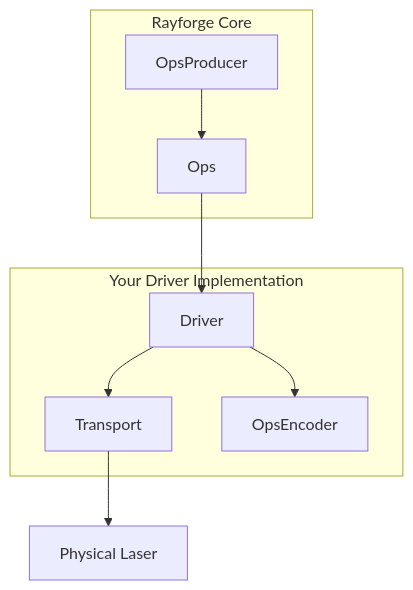
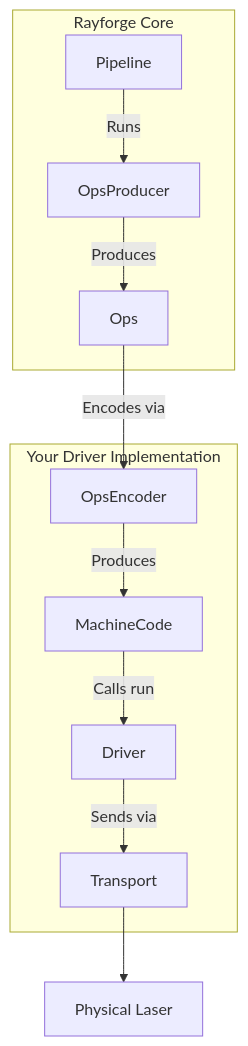
One commit to yuri-schmaltz/my-rayforge changed the diagram in website/content/docs/developer/driver.md. Above: the diagram before and after it, drawn with Mermaid. The commit also changed other lines of this file and 10 other files, not shown here.

Commit message:
fix: drivers no longer get Ops object; they get the pre-encoded result from the OpsEncoder as produced by the pipeline, to avoid double-applying coordinate system transforms

````diff
--- a/website/content/docs/developer/driver.md
+++ b/website/content/docs/developer/driver.md
@@ -15,14 +22,16 @@
 ```mermaid
 graph TD;
-    subgraph Your Driver Implementation
-        Driver-->Transport;
-        Driver-->OpsEncoder;
+    subgraph Rayforge Core
+        OpsProducer-->|Produces| Ops;
+        Pipeline-->|Runs| OpsProducer;
     end
 
-    subgraph Rayforge Core
-        OpsProducer --> Ops;
+    subgraph Your Driver Implementation
+        Ops -->|Encodes via| OpsEncoder;
+        OpsEncoder-->|Produces| MachineCode
+        MachineCode-->|Calls run| Driver;
+        Driver-->|Sends via| Transport;
     end
 
-    Ops --> Driver;
     Transport --> Device[Physical Laser];
 ```
````
